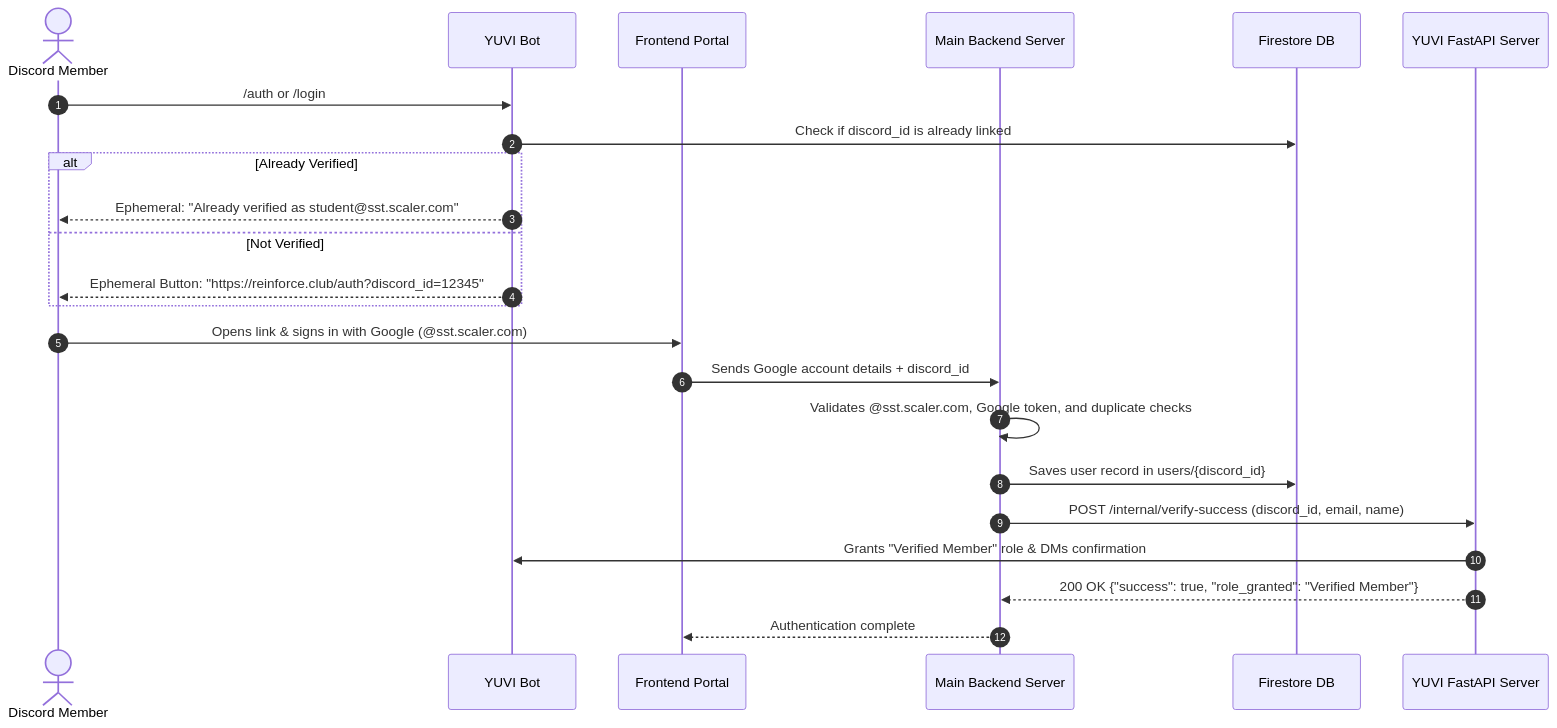
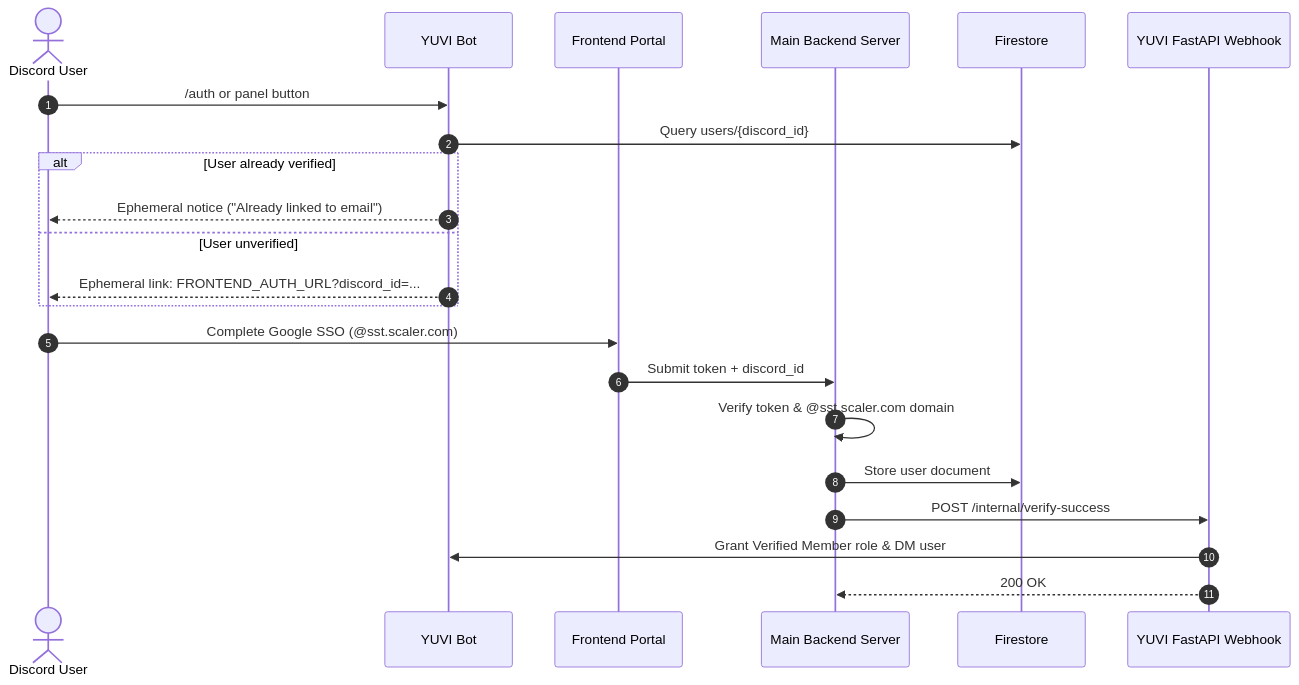
One commit to Kr0issant/YUVI changed the diagram in README.md. Above: the diagram before and after it, drawn with Mermaid. The commit also changed other lines of this file, not shown here.

````diff
--- a/README.md
+++ b/README.md
@@ -42,27 +51,26 @@
 ```mermaid
 sequenceDiagram
     autonumber
-    actor User as Discord Member
+    actor User as Discord User
     participant Bot as YUVI Bot
     participant Web as Frontend Portal
     participant API as Main Backend Server
-    participant DB as Firestore DB
-    participant Server as YUVI FastAPI Server
+    participant DB as Firestore
+    participant Server as YUVI FastAPI Webhook
 
-    User->>Bot: /auth or /login
-    Bot->>DB: Check if discord_id is already linked
-    alt Already Verified
-        Bot-->>User: Ephemeral: "Already verified as student@sst.scaler.com"
-    else Not Verified
-        Bot-->>User: Ephemeral Button: "https://reinforce.club/auth?discord_id=12345"
+    User->>Bot: /auth or panel button
+    Bot->>DB: Query users/{discord_id}
+    alt User already verified
+        Bot-->>User: Ephemeral notice ("Already linked to email")
+    else User unverified
+        Bot-->>User: Ephemeral link: FRONTEND_AUTH_URL?discord_id=...
     end
 
-    User->>Web: Opens link & signs in with Google (@sst.scaler.com)
-    Web->>API: Sends Google account details + discord_id
-    API->>API: Validates @sst.scaler.com, Google token, and duplicate checks
-    API->>DB: Saves user record in users/{discord_id}
-    API->>Server: POST /internal/verify-success (discord_id, email, name)
-    Server->>Bot: Grants "Verified Member" role & DMs confirmation
-    Server-->>API: 200 OK {"success": true, "role_granted": "Verified Member"}
-    API-->>Web: Authentication complete
+    User->>Web: Complete Google SSO (@sst.scaler.com)
+    Web->>API: Submit token + discord_id
+    API->>API: Verify token & @sst.scaler.com domain
+    API->>DB: Store user document
+    API->>Server: POST /internal/verify-success
+    Server->>Bot: Grant Verified Member role & DM user
+    Server-->>API: 200 OK
 ```
````
